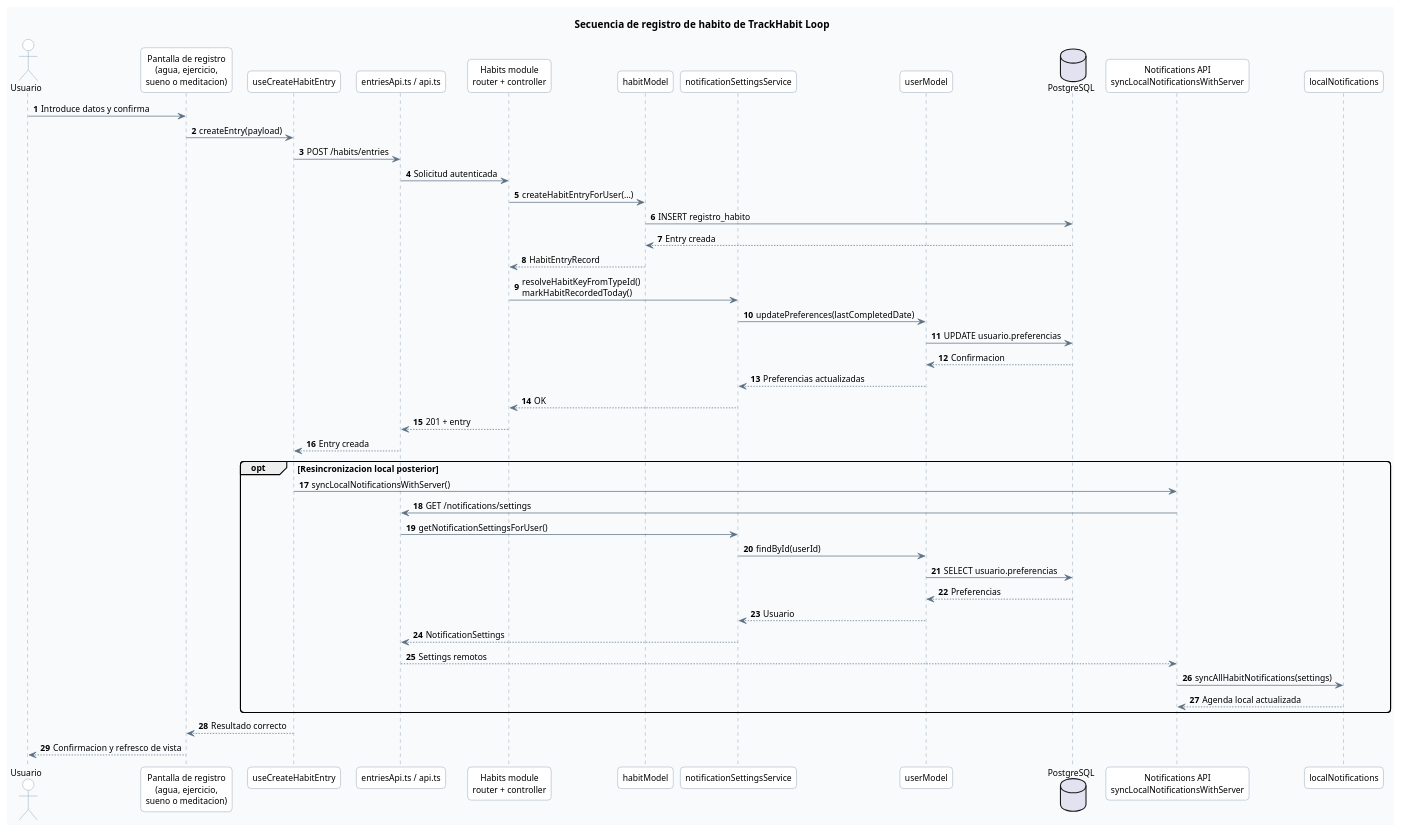
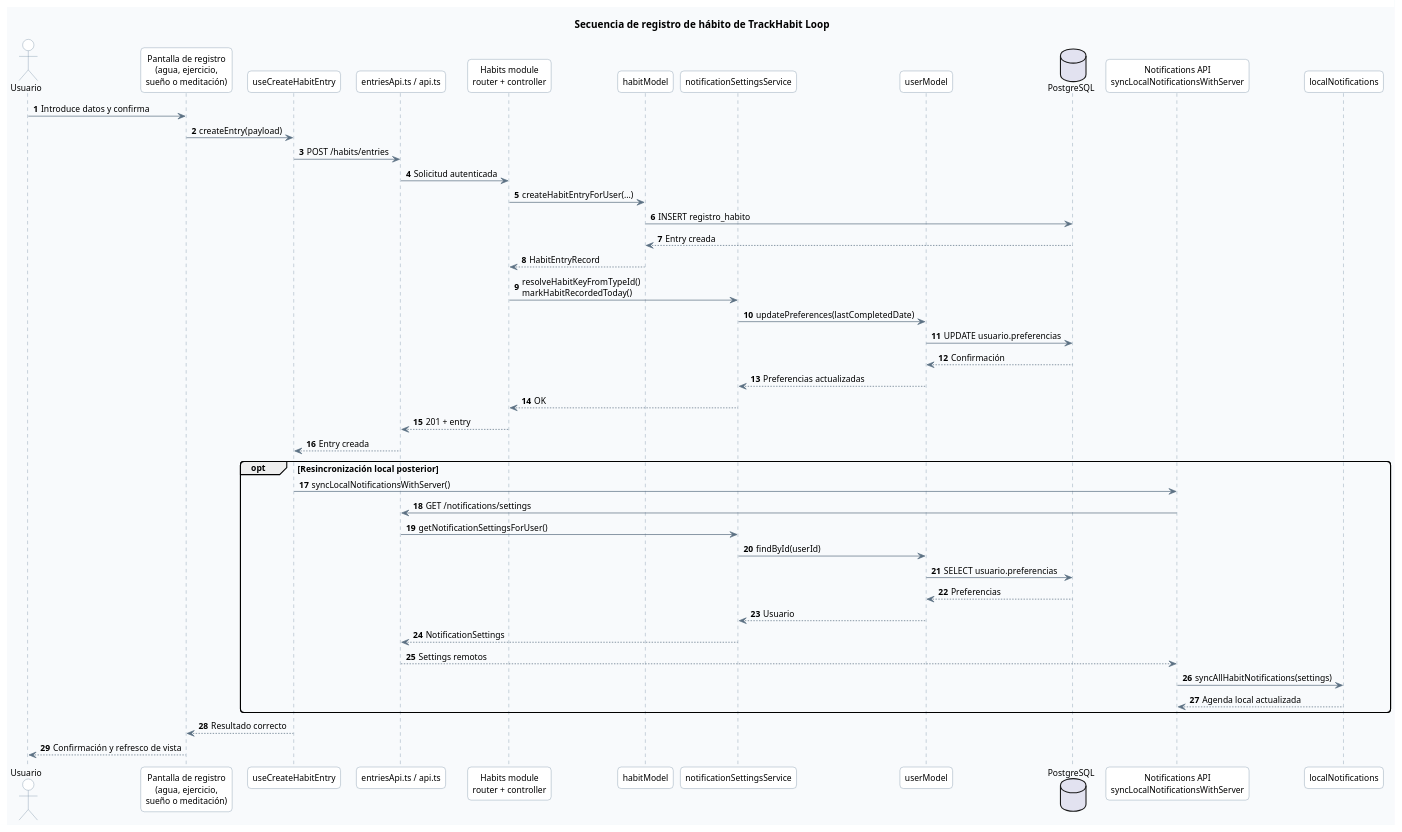
One commit to TPerez13/TFG changed the diagram in docs/diagrams/cap4/10c_sequence_habit_registration_trackhabit_loop.puml. Above: the diagram before and after it, drawn with PlantUML. The commit also changed 95 other files, not shown here.

```diff
--- a/docs/diagrams/cap4/10c_sequence_habit_registration_trackhabit_loop.puml
+++ b/docs/diagrams/cap4/10c_sequence_habit_registration_trackhabit_loop.puml
@@ -1,68 +1,68 @@
 @startuml
 skinparam backgroundColor #F8FAFC
 skinparam shadowing false
 skinparam roundcorner 10
 skinparam defaultFontName Segoe UI
 skinparam defaultFontSize 12
 skinparam ArrowColor #5B7083
 skinparam ArrowThickness 1
 skinparam sequenceLifeLineBorderColor #6E879D
 skinparam sequenceLifeLineBackgroundColor #FFFFFF
 skinparam participantBorderColor #6E879D
 skinparam participantBackgroundColor #FFFFFF
 skinparam actorBorderColor #6E879D
 skinparam actorBackgroundColor #FFFFFF
 skinparam noteBackgroundColor #FFF9E6
 skinparam noteBorderColor #D7C58A
 
-title Secuencia de registro de habito de TrackHabit Loop
+title Secuencia de registro de hábito de TrackHabit Loop
 
 autonumber
 
 actor Usuario as user
-participant "Pantalla de registro\n(agua, ejercicio,\nsueno o meditacion)" as screen
+participant "Pantalla de registro\n(agua, ejercicio,\nsueño o meditación)" as screen
 participant "useCreateHabitEntry" as hook
 participant "entriesApi.ts / api.ts" as clientapi
 participant "Habits module\nrouter + controller" as habitsmod
 participant "habitModel" as habitmodel
 participant "notificationSettingsService" as notifsvc
 participant "userModel" as usermodel
 database "PostgreSQL" as pg
 participant "Notifications API\nsyncLocalNotificationsWithServer" as notifapi
 participant "localNotifications" as localnotif
 
 user -> screen : Introduce datos y confirma
 screen -> hook : createEntry(payload)
 hook -> clientapi : POST /habits/entries
 clientapi -> habitsmod : Solicitud autenticada
 habitsmod -> habitmodel : createHabitEntryForUser(...)
 habitmodel -> pg : INSERT registro_habito
 pg --> habitmodel : Entry creada
 habitmodel --> habitsmod : HabitEntryRecord
 habitsmod -> notifsvc : resolveHabitKeyFromTypeId()\nmarkHabitRecordedToday()
 notifsvc -> usermodel : updatePreferences(lastCompletedDate)
 usermodel -> pg : UPDATE usuario.preferencias
-pg --> usermodel : Confirmacion
+pg --> usermodel : Confirmación
 usermodel --> notifsvc : Preferencias actualizadas
 notifsvc --> habitsmod : OK
 habitsmod --> clientapi : 201 + entry
 clientapi --> hook : Entry creada
 
-opt Resincronizacion local posterior
+opt Resincronización local posterior
   hook -> notifapi : syncLocalNotificationsWithServer()
   notifapi -> clientapi : GET /notifications/settings
   clientapi -> notifsvc : getNotificationSettingsForUser()
   notifsvc -> usermodel : findById(userId)
   usermodel -> pg : SELECT usuario.preferencias
   pg --> usermodel : Preferencias
   usermodel --> notifsvc : Usuario
   notifsvc --> clientapi : NotificationSettings
   clientapi --> notifapi : Settings remotos
   notifapi -> localnotif : syncAllHabitNotifications(settings)
   localnotif --> notifapi : Agenda local actualizada
 end
 
 hook --> screen : Resultado correcto
-screen --> user : Confirmacion y refresco de vista
+screen --> user : Confirmación y refresco de vista
 
 @enduml
```
